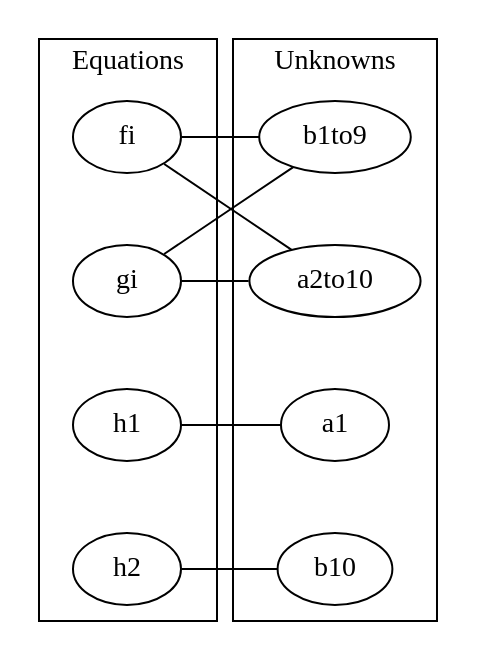
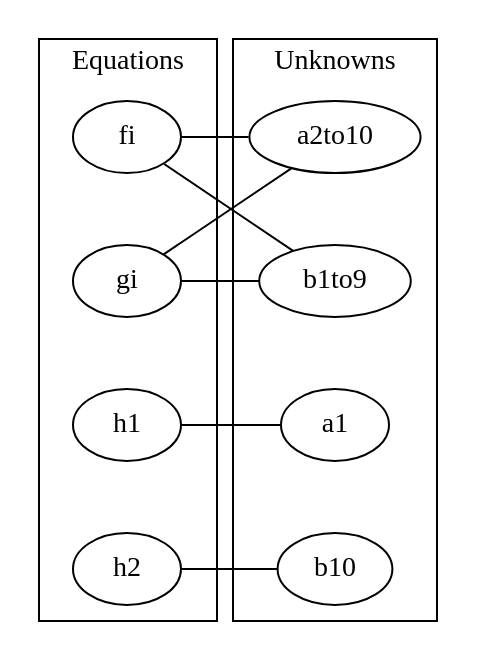
Before and after one commit to emanuel18/modelica: the diagram in t/example3/bg.dot, drawn with Graphviz. The commit also changed 14 other files, not shown here.

```diff
--- a/t/example3/bg.dot
+++ b/t/example3/bg.dot
@@ -1,19 +1,19 @@
 graph G{   
         subgraph cluster0{
         label = "Equations"; 
         edge [style=invis];
         fi -- gi -- h1 -- h2;
         }
         subgraph cluster1{
         label = "Unknowns";
         edge [style=invis];
-        b1to9 -- a2to10 -- a1 -- b10;
+        a2to10 -- b1to9 -- a1 -- b10;
         }
         edge [constraint=false];
         a2to10 -- gi;
         b1to9 -- gi;
         fi -- b1to9;
         fi -- a2to10;
         h1 -- a1;
         h2 -- b10;
 }
```
